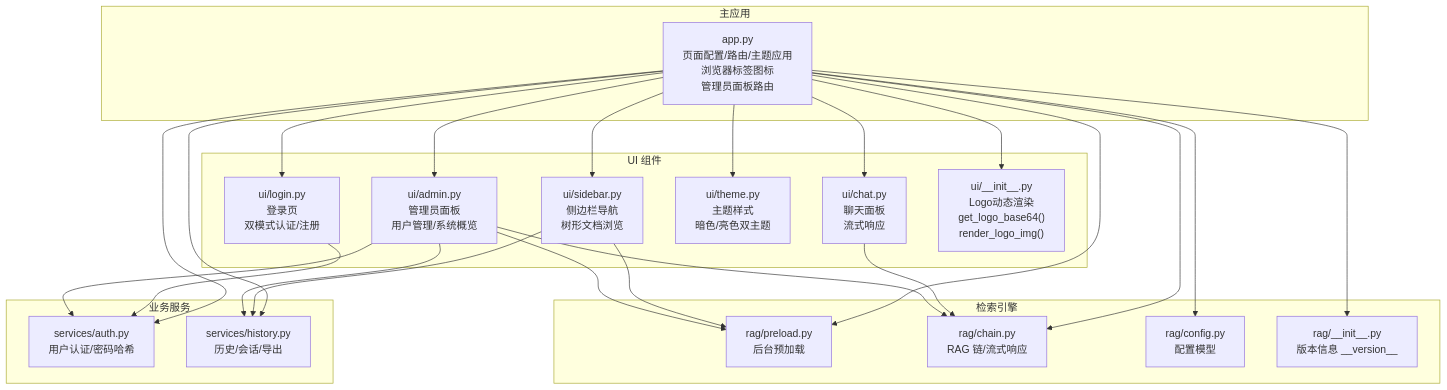
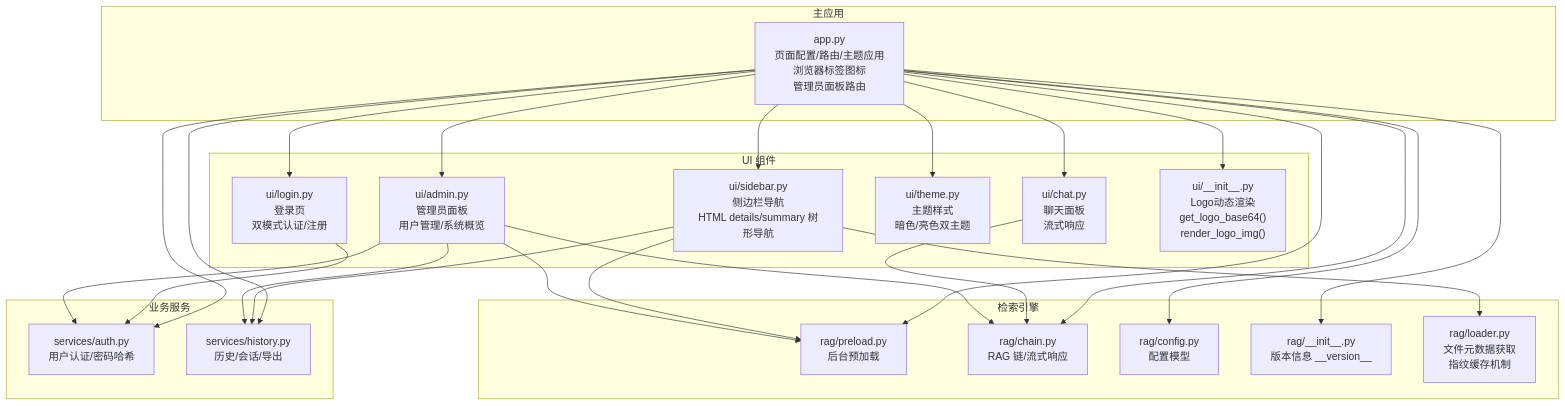
Before and after one commit to joyafa/knowledge: the first of 5 diagrams in .qoder/repowiki/zh/content/用户界面系统/用户界面系统.md, drawn with Mermaid. The commit also changed other lines of this file and 20 other files, not shown here.

````diff
--- a/.qoder/repowiki/zh/content/用户界面系统/用户界面系统.md
+++ b/.qoder/repowiki/zh/content/用户界面系统/用户界面系统.md
@@ -55,44 +60,46 @@
 ```mermaid
 graph TB
 subgraph "主应用"
 A["app.py<br/>页面配置/路由/主题应用<br/>浏览器标签图标<br/>管理员面板路由"]
 end
 subgraph "UI 组件"
 B["ui/login.py<br/>登录页<br/>双模式认证/注册"]
-C["ui/sidebar.py<br/>侧边栏导航<br/>树形文档浏览"]
+C["ui/sidebar.py<br/>侧边栏导航<br/>HTML details/summary 树形导航"]
 D["ui/chat.py<br/>聊天面板<br/>流式响应"]
 E["ui/theme.py<br/>主题样式<br/>暗色/亮色双主题"]
 F["ui/admin.py<br/>管理员面板<br/>用户管理/系统概览"]
 G["ui/__init__.py<br/>Logo动态渲染<br/>get_logo_base64()<br/>render_logo_img()"]
 end
 subgraph "业务服务"
 H["services/auth.py<br/>用户认证/密码哈希"]
 I["services/history.py<br/>历史/会话/导出"]
 end
 subgraph "检索引擎"
 J["rag/preload.py<br/>后台预加载"]
 K["rag/chain.py<br/>RAG 链/流式响应"]
 L["rag/config.py<br/>配置模型"]
 M["rag/__init__.py<br/>版本信息 __version__"]
+N["rag/loader.py<br/>文件元数据获取<br/>指纹缓存机制"]
 end
 A --> B
 A --> C
 A --> D
 A --> E
 A --> F
 A --> G
 A --> H
 A --> I
 A --> J
 A --> K
 A --> L
 A --> M
 B --> H
 C --> I
 C --> J
+C --> N
 D --> K
 F --> H
 F --> I
 F --> J
 F --> K
 ```
````
